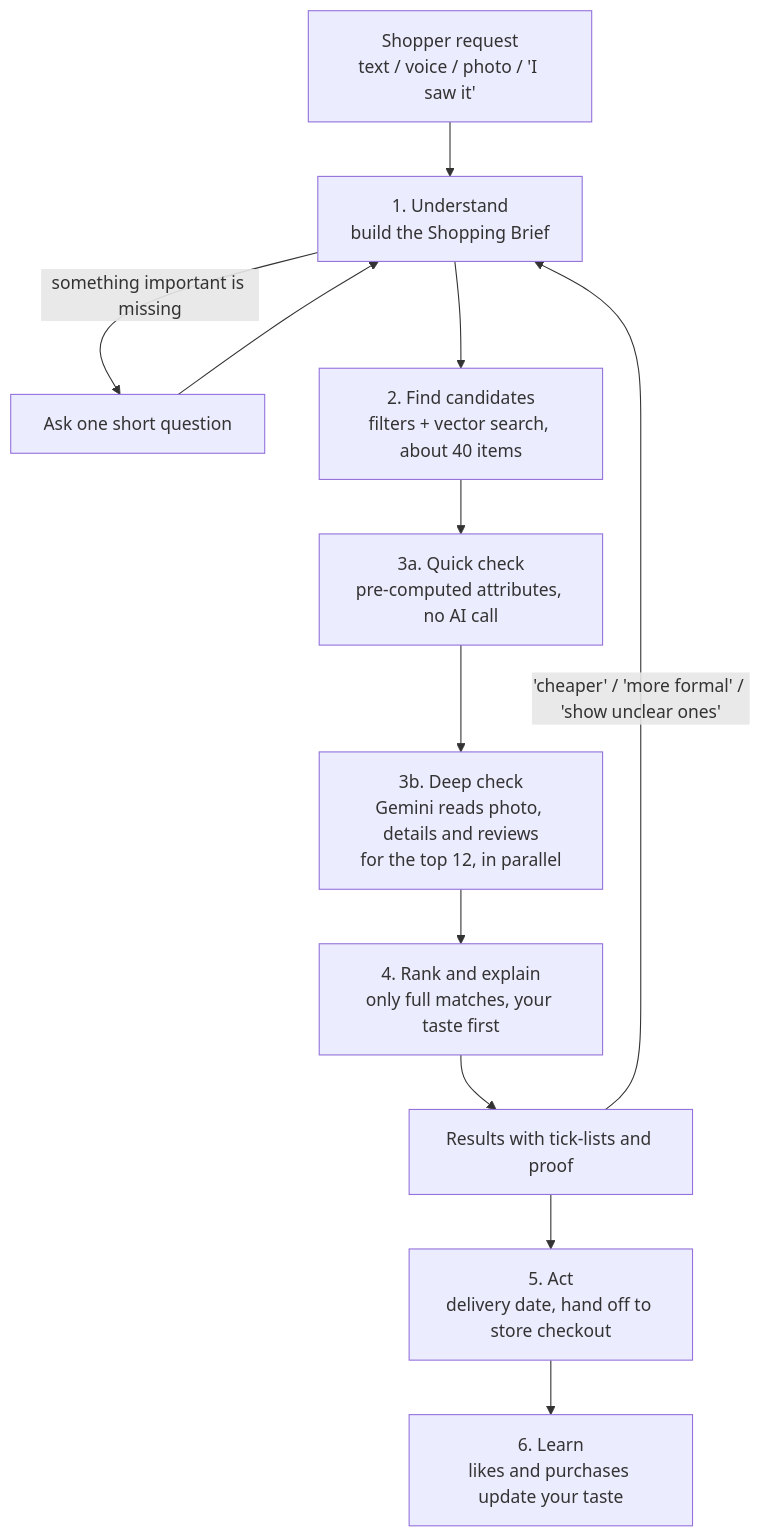
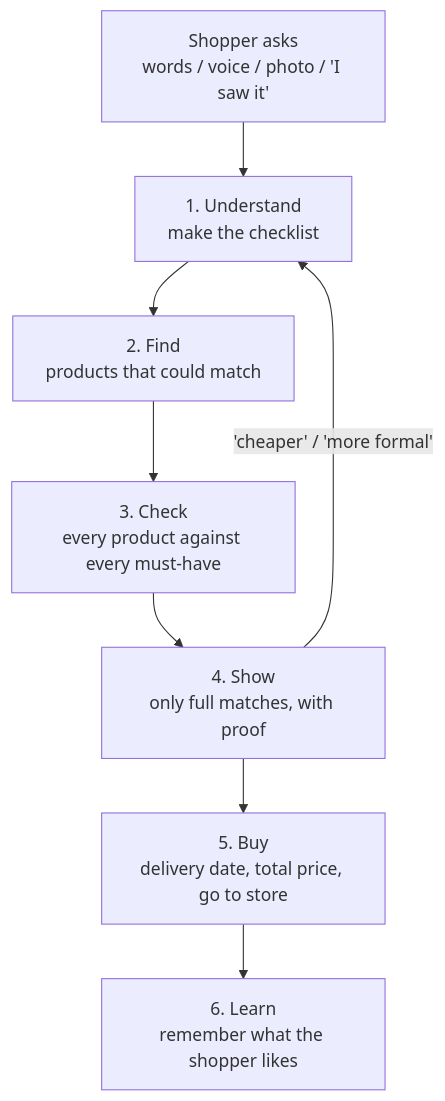
One commit to sarika-purohit/ecommai changed the first of 3 diagrams in PLAN.md. Above: the diagram before and after it, drawn with Mermaid. The commit also changed other lines of this file, not shown here.

Commit message:
PLAN.md: rewrite in simple language, remove timelines, use Gemini embeddings throughout

````diff
--- a/PLAN.md
+++ b/PLAN.md
@@ -181,14 +99,10 @@
 ```mermaid
 flowchart TD
-  R["Shopper request<br/>text / voice / photo / 'I saw it'"] --> B["1. Understand<br/>build the Shopping Brief"]
-  B -->|"something important is missing"| Q["Ask one short question"]
-  Q --> B
-  B --> C["2. Find candidates<br/>filters + vector search, about 40 items"]
-  C --> V1["3a. Quick check<br/>pre-computed attributes, no AI call"]
-  V1 --> V2["3b. Deep check<br/>Gemini reads photo, details and reviews<br/>for the top 12, in parallel"]
-  V2 --> K["4. Rank and explain<br/>only full matches, your taste first"]
-  K --> P["Results with tick-lists and proof"]
-  P -->|"'cheaper' / 'more formal' / 'show unclear ones'"| B
-  P --> X["5. Act<br/>delivery date, hand off to store checkout"]
-  X --> L["6. Learn<br/>likes and purchases update your taste"]
+  A["Shopper asks<br/>words / voice / photo / 'I saw it'"] --> B["1. Understand<br/>make the checklist"]
+  B --> C["2. Find<br/>products that could match"]
+  C --> D["3. Check<br/>every product against every must-have"]
+  D --> E["4. Show<br/>only full matches, with proof"]
+  E --> F["5. Buy<br/>delivery date, total price, go to store"]
+  F --> G["6. Learn<br/>remember what the shopper likes"]
+  E -->|"'cheaper' / 'more formal'"| B
 ```
````
